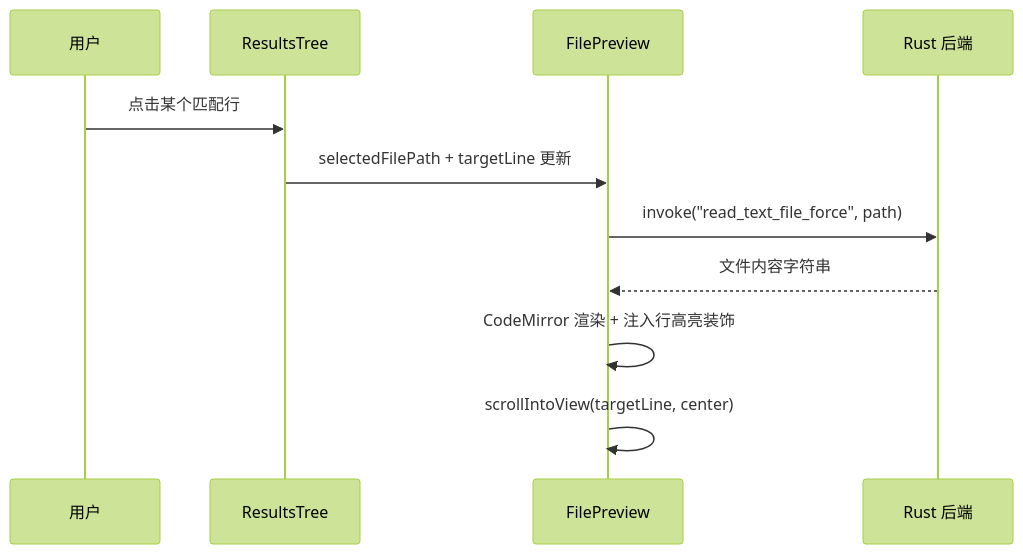
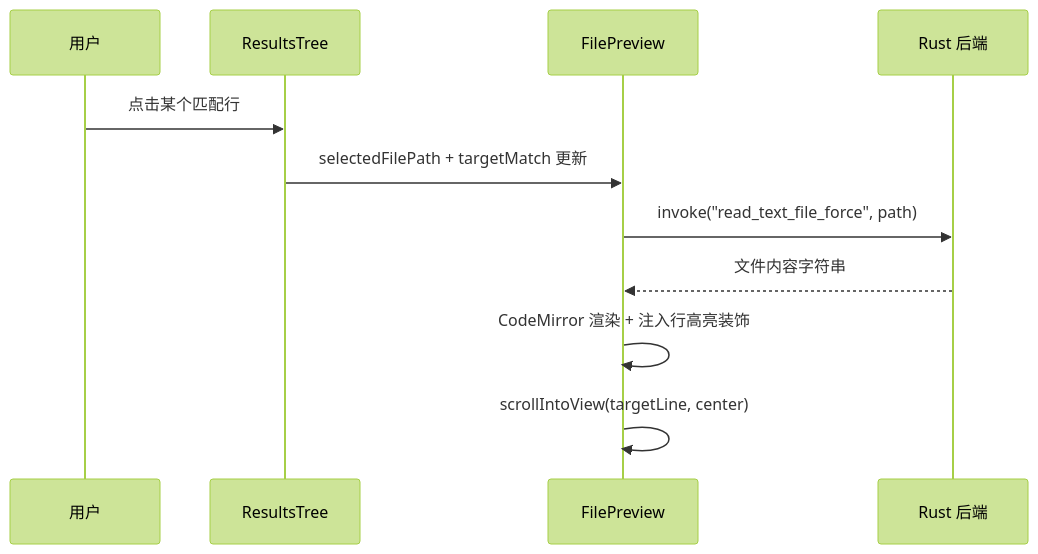
The fourth of 4 diagrams in src/tools/dir-search/ARCHITECTURE.md (miaotouy/aio-hub), drawn with Mermaid (forest theme) before and after one commit. The commit also changed other lines of this file, not shown here.

````diff
--- a/src/tools/dir-search/ARCHITECTURE.md
+++ b/src/tools/dir-search/ARCHITECTURE.md
@@ -122,14 +154,14 @@
 ```mermaid
 sequenceDiagram
     participant User as 用户
     participant Tree as ResultsTree
     participant Preview as FilePreview
     participant Rust as Rust 后端
 
     User->>Tree: 点击某个匹配行
-    Tree->>Preview: selectedFilePath + targetLine 更新
+    Tree->>Preview: selectedFilePath + targetMatch 更新
     Preview->>Rust: invoke("read_text_file_force", path)
     Rust-->>Preview: 文件内容字符串
     Preview->>Preview: CodeMirror 渲染 + 注入行高亮装饰
     Preview->>Preview: scrollIntoView(targetLine, center)
 ```
````
